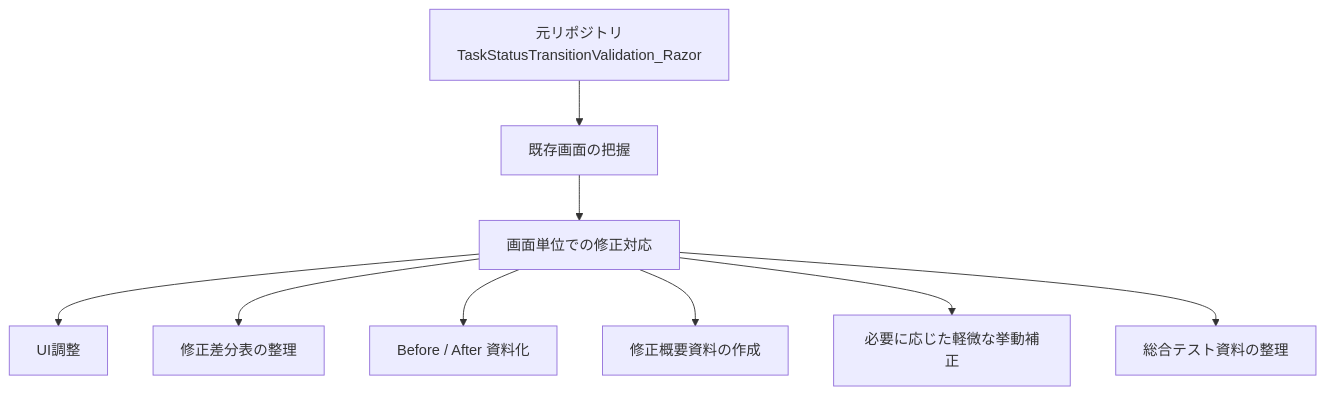
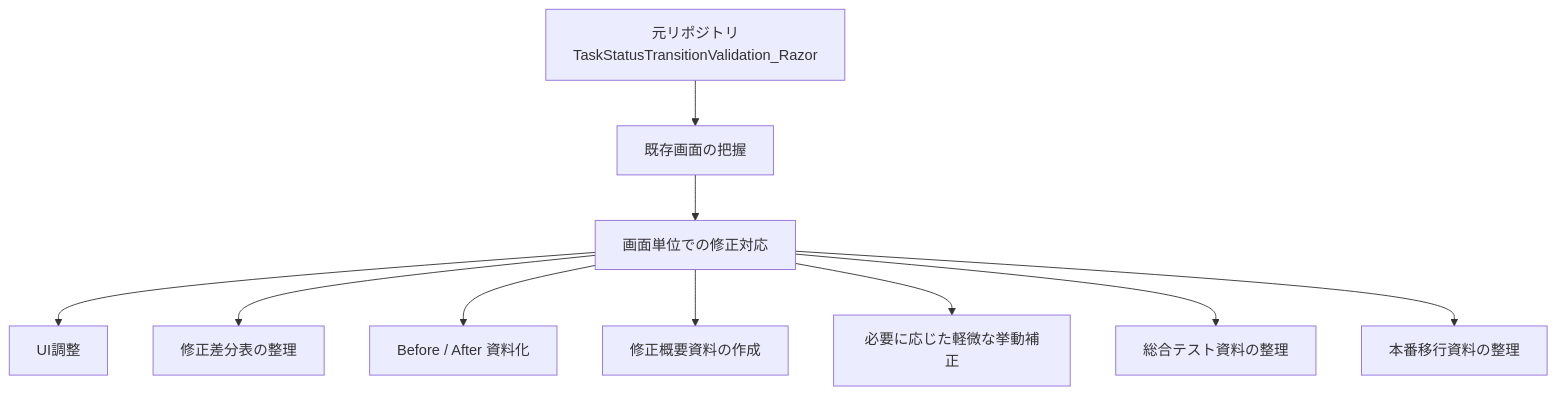
The diagram in README.md (fewioaghwrao/TaskStatusTransitionValidation-RazorPages), drawn with Mermaid before and after one commit. The commit also changed other lines of this file, not shown here.

````diff
--- a/README.md
+++ b/README.md
@@ -35,11 +35,12 @@
 ```mermaid
 flowchart TD
     A[元リポジトリ<br/>TaskStatusTransitionValidation_Razor] --> B[既存画面の把握]
     B --> C[画面単位での修正対応]
     C --> D[UI調整]
     C --> E[修正差分表の整理]
     C --> F[Before / After 資料化]
     C --> G[修正概要資料の作成]
     C --> H[必要に応じた軽微な挙動補正]
     C --> I[総合テスト資料の整理]
+    C --> J[本番移行資料の整理]
 ```
````
